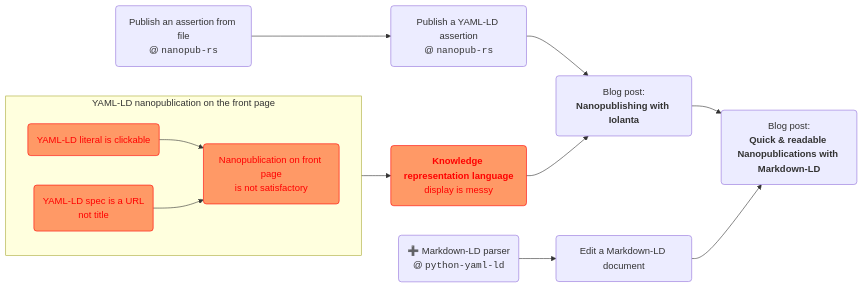
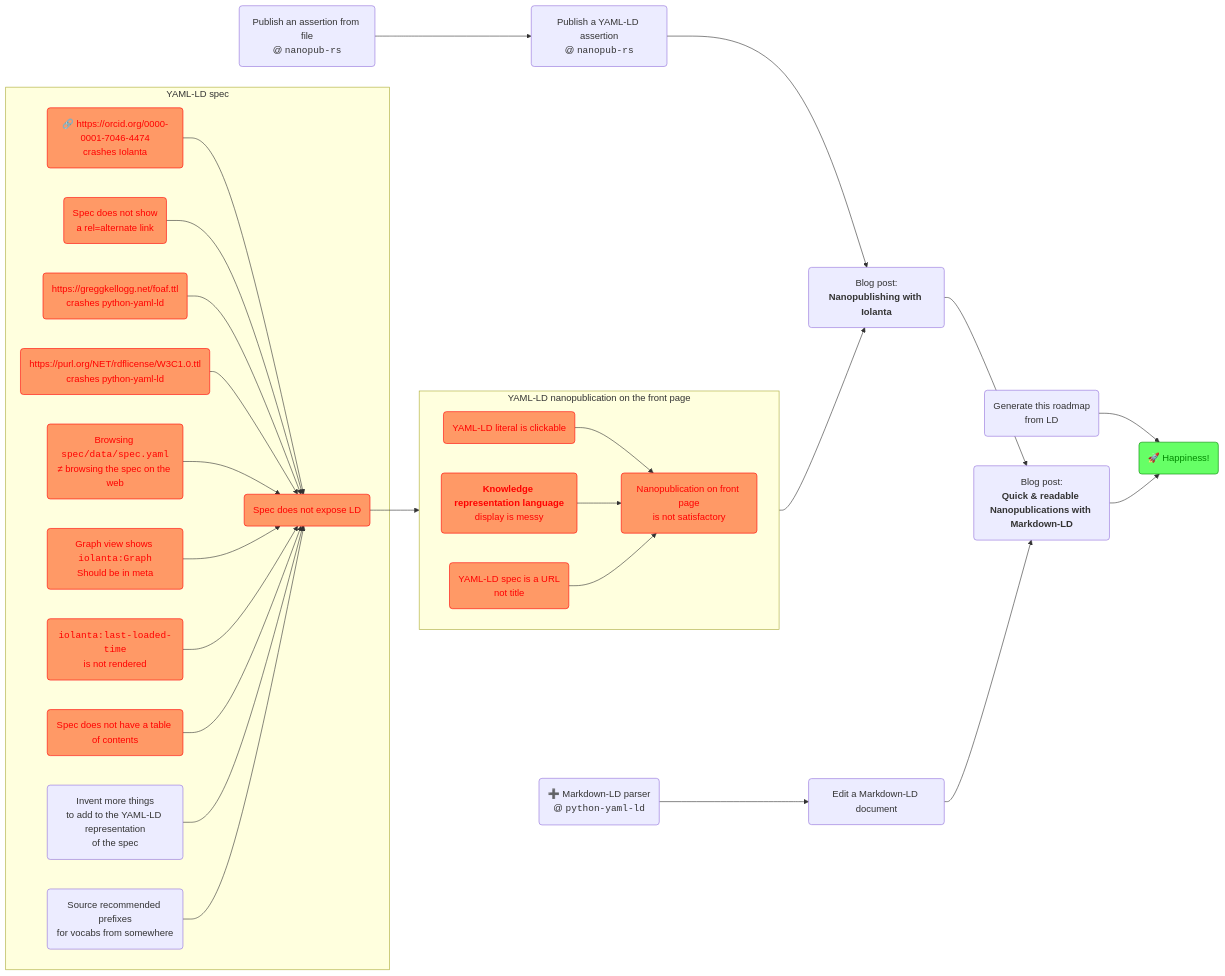
The diagram in docs/roadmap.md (iolanta-tech/iolanta), drawn with Mermaid before and after one commit. The commit also changed other lines of this file, not shown here.

Commit message:
Update Roadmap

````diff
--- a/docs/roadmap.md
+++ b/docs/roadmap.md
@@ -12,27 +15,69 @@
 ```mermaid
 graph LR
-    nanopub-blog-post("Blog post:<br/><strong>Nanopublishing with Iolanta</strong>") --> markdown-nanopub-blog-post("Blog post:<br/><strong>Quick & readable Nanopublications with Markdown-LD")
+    happiness("🚀 Happiness!")
+    classDef happiness fill:#6f6,color:#080,stroke:#080,stroke-width:1px;
+    class happiness happiness
+    
+    generate-roadmap("Generate this roadmap<br/>from LD") --> happiness
+    
+    nanopub-blog-post("Blog post:<br/><strong>Nanopublishing with Iolanta</strong>") --> markdown-nanopub-blog-post("Blog post:<br/><strong>Quick & readable Nanopublications with Markdown-LD") --> happiness
     
     nanopub-rs-graph("Publish an assertion from file<br/>@ <code>nanopub-rs</code>") --> nanopub-yaml-ld("Publish a YAML-LD assertion<br/>@ <code>nanopub-rs</code>") --> nanopub-blog-post
     
     subgraph "YAML-LD nanopublication on the front page"
         direction LR
         nanopublication-is-not-satisfactory("Nanopublication on front page<br/>is not satisfactory")
         class nanopublication-is-not-satisfactory bug
         
         literal-clickable("YAML-LD literal is clickable") --> nanopublication-is-not-satisfactory
         click literal-clickable "https://github.com/iolanta-tech/iolanta/issues/260"
         class literal-clickable bug
         
+        fip-term-messy("<strong>Knowledge representation language</strong><br/>display is messy") --> nanopublication-is-not-satisfactory
+        class fip-term-messy bug
+        
         spec("YAML-LD spec is a URL<br/>not title") --> nanopublication-is-not-satisfactory
         class spec bug
     end
     
-    nanopublication-is-not-satisfactory --> fip-term-messy("<strong>Knowledge representation language</strong><br/>display is messy") --> nanopub-blog-post
-    class fip-term-messy bug
+    subgraph "YAML-LD spec"
+        spec-not-ld("Spec does not expose LD") --> spec
+        class spec-not-ld bug
+        
+        pac("🔗 https://orcid.org/0000-0001-7046-4474<br/>crashes Iolanta") --> spec-not-ld
+        class pac bug
+        click pac https://github.com/iolanta-tech/iolanta/issues/277
+        
+        rel-alternate("Spec does not show<br/>a rel=alternate link") --> spec-not-ld
+        class rel-alternate bug
+        
+        gk("https://greggkellogg.net/foaf.ttl<br/>crashes python-yaml-ld") --> spec-not-ld
+        class gk bug
+        
+        w3c-license("https://purl.org/NET/rdflicense/W3C1.0.ttl<br/>crashes python-yaml-ld") --> spec-not-ld
+        class w3c-license bug
+        
+        mismatch("Browsing <code>spec/data/spec.yaml</code><br/>≠ browsing the spec on the web") --> spec-not-ld
+        class mismatch bug
+
+        gig("Graph view shows <code>iolanta:Graph</code><br/>Should be in meta") --> spec-not-ld
+        class gig bug
+        
+        last-loaded-time("<code>iolanta:last-loaded-time</code><br/>is not rendered") --> spec-not-ld
+        class last-loaded-time bug
+        
+        spec-toc("Spec does not have a table of contents") --> spec-not-ld
+        class spec-toc bug
+        
+        more("Invent more things<br/>to add to the YAML-LD representation<br/>of the spec") --> spec-not-ld
+        
+        prefixes("Source recommended prefixes<br/>for vocabs from somewhere") --> spec-not-ld
+    end
+    
+    nanopublication-is-not-satisfactory --> nanopub-blog-post
     
     python-yaml-ld-markdown-ld("➕ Markdown-LD parser<br/>@ <code>python-yaml-ld</code>") --> markdown-ld("Edit a Markdown-LD document") --> markdown-nanopub-blog-post
     click markdown-ld "https://github.com/iolanta-tech/iolanta/issues/261"
         
     classDef bug fill:#f96,color:#f00,stroke:#f00,stroke-width:1px;
 ```
````
